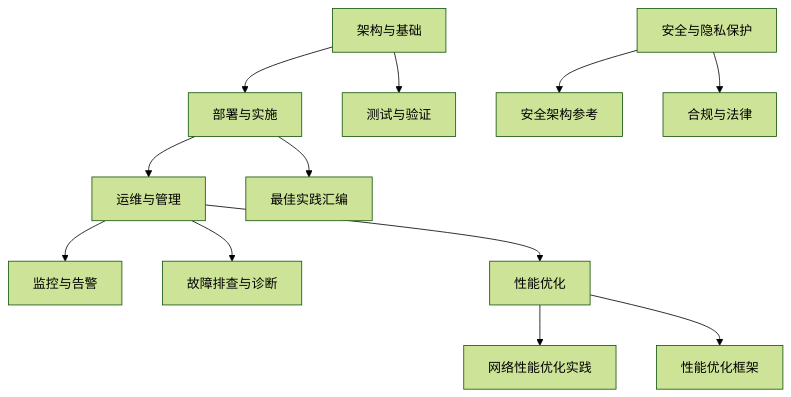
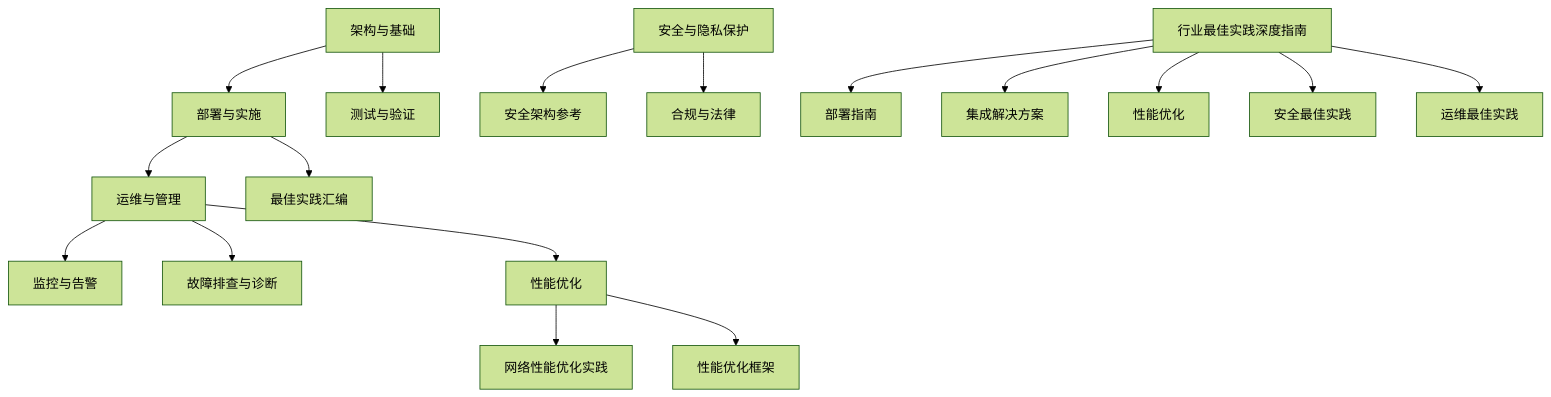
One commit to allengaller/oran-database changed the first of 4 diagrams in .qoder/repowiki/zh/content/标准与合规/行业最佳实践.md. Above: the diagram before and after it, drawn with Mermaid (forest theme). The commit also changed other lines of this file and 32 other files, not shown here.

````diff
--- a/.qoder/repowiki/zh/content/标准与合规/行业最佳实践.md
+++ b/.qoder/repowiki/zh/content/标准与合规/行业最佳实践.md
@@ -40,14 +54,19 @@
 ```mermaid
 graph TB
 A["架构与基础"] --> B["部署与实施"]
 A --> C["测试与验证"]
 B --> D["运维与管理"]
 D --> E["监控与告警"]
 D --> F["故障排查与诊断"]
 D --> G["性能优化"]
 H["安全与隐私保护"] --> I["安全架构参考"]
 H --> J["合规与法律"]
 G --> K["网络性能优化实践"]
 G --> L["性能优化框架"]
 B --> M["最佳实践汇编"]
+N["行业最佳实践深度指南"] --> O["部署指南"]
+N --> P["集成解决方案"]
+N --> Q["性能优化"]
+N --> R["安全最佳实践"]
+N --> S["运维最佳实践"]
 ```
````
